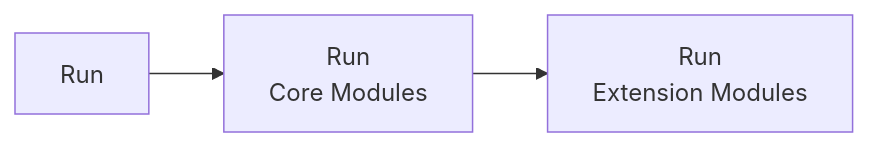
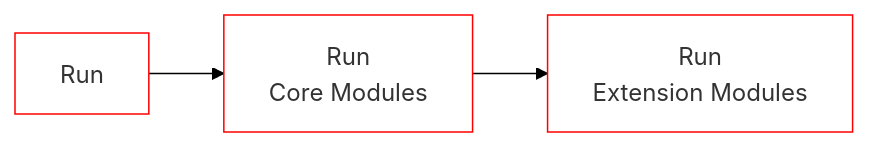
One commit to lukejamesmorrison/mother-docs changed the fifth of 5 diagrams in docs/Framework/Developer/GettingStarted/ArchitectureOverview.md. Above: the diagram before and after it, drawn with Mermaid. The commit also changed other lines of this file and 19 other files, not shown here.

````diff
--- a/docs/Framework/Developer/GettingStarted/ArchitectureOverview.md
+++ b/docs/Framework/Developer/GettingStarted/ArchitectureOverview.md
@@ -190,12 +253,28 @@
 ```mermaid
+%%{
+  init: {
+    'theme': 'base',
+    'themeVariables': {
+        'primaryColor': '#BB2528',
+        'primaryBorderColor': 'red',
+        'mainBkg': 'white',
+        'nodeBorder': 'red',
+        'lineColor': 'black',
+        'secondaryColor': 'white',
+        'secondaryBorderColor': 'black',
+        'tertiaryColor': '#F2F2F2',
+        'tertiaryBorderColor': 'black'
+    }
+  }
+}%%
 graph LR
     A[Run]
     A --> B[
         Run
         Core Modules
     ] 
     B --> C[
         Run 
         Extension Modules
     ]
 ```
````
